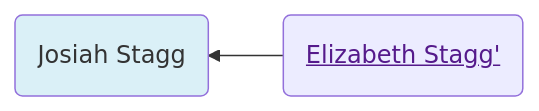
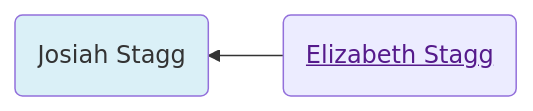
One commit to neelsmith/avocational changed the first of 2 diagrams in familyhistory/sources/people/Merrill-line/White-line/Elizabeth_Stagg.qmd. Above: the diagram before and after it, drawn with Mermaid. The commit also changed other lines of this file and 96 other files, not shown here.

````diff
--- a/familyhistory/sources/people/Merrill-line/White-line/Elizabeth_Stagg.qmd
+++ b/familyhistory/sources/people/Merrill-line/White-line/Elizabeth_Stagg.qmd
@@ -26,10 +26,10 @@
 ```{mermaid}
 graph RL
 %% RL ancestor diagram
-Elizabeth_Stagg(<a href=''>Elizabeth Stagg'</>) -->  Josiah_Stagg(Josiah Stagg)
+Elizabeth_Stagg(<a href=''>Elizabeth Stagg</a>) -->  Josiah_Stagg(Josiah Stagg)
 class Josiah_Stagg father
 classDef mother fill:#ffd1dc
 classDef father fill:#daf0f7  
 classDef marriage fill:#ffffff
 
 ```
````
